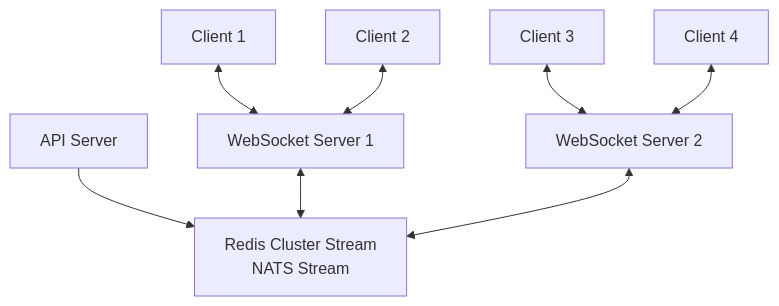
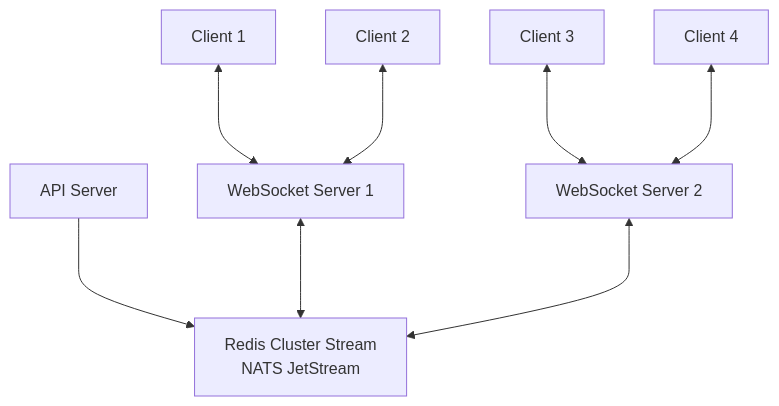
The third of 5 diagrams in articles/18812fe56bf0c1.md (lirlia/zenn), drawn with Mermaid before and after one commit. The commit also changed other lines of this file, not shown here.

Commit message:
記事タイトルと内容を更新し、WebSocketを活用したリアルタイムメッセージ配信基盤の構築に関する情報を整理しました。具体的には、アーキテクチャの選択肢やメッセージ配信の品質保証について詳述し、マネージドWebSocketサービスの選択肢も追加しました。

````diff
--- a/articles/18812fe56bf0c1.md
+++ b/articles/18812fe56bf0c1.md
@@ -137,12 +137,12 @@
 ```mermaid
 graph TD
-    API[API Server] --> RC[Redis Cluster Stream<br>NATS Stream]
+    API[API Server] ---> RC[Redis Cluster Stream<br>NATS JetStream]
     
-    C1[Client 1] <--> WS1[WebSocket Server 1]
-    C2[Client 2] <--> WS1
-    C3[Client 3] <--> WS2[WebSocket Server 2]
-    C4[Client 4] <--> WS2
+    C1[Client 1] <---> WS1[WebSocket Server 1]
+    C2[Client 2] <---> WS1
+    C3[Client 3] <---> WS2[WebSocket Server 2]
+    C4[Client 4] <---> WS2
     
-    WS1 <--> RC
-    WS2 <--> RC
+    WS1 <---> RC
+    WS2 <---> RC
 ```
````
